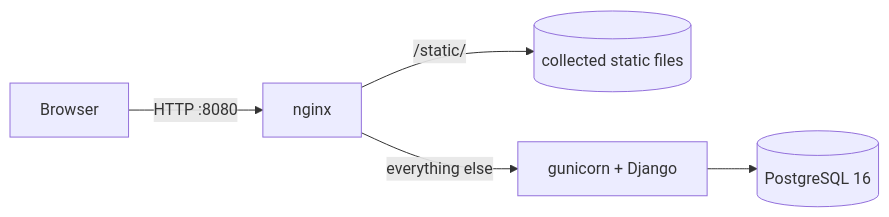
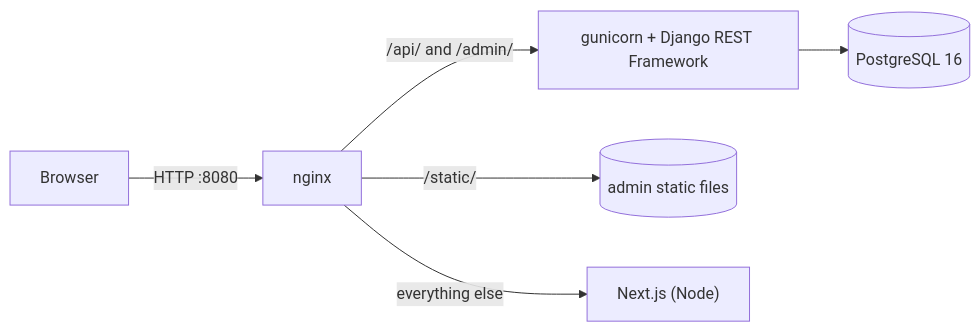
The first of 2 diagrams in README.md (PaulinaSkurzak/job-tracker), drawn with Mermaid before and after one commit. The commit also changed other lines of this file and 38 other files, not shown here.

````diff
--- a/README.md
+++ b/README.md
@@ -28,7 +34,8 @@
 ```mermaid
 flowchart LR
     Browser -->|HTTP :8080| nginx
-    nginx -->|/static/| Static[(collected static files)]
-    nginx -->|everything else| gunicorn["gunicorn + Django"]
+    nginx -->|/api/ and /admin/| gunicorn["gunicorn + Django REST Framework"]
+    nginx -->|/static/| Static[(admin static files)]
+    nginx -->|everything else| next["Next.js (Node)"]
     gunicorn --> Postgres[(PostgreSQL 16)]
 ```
````
